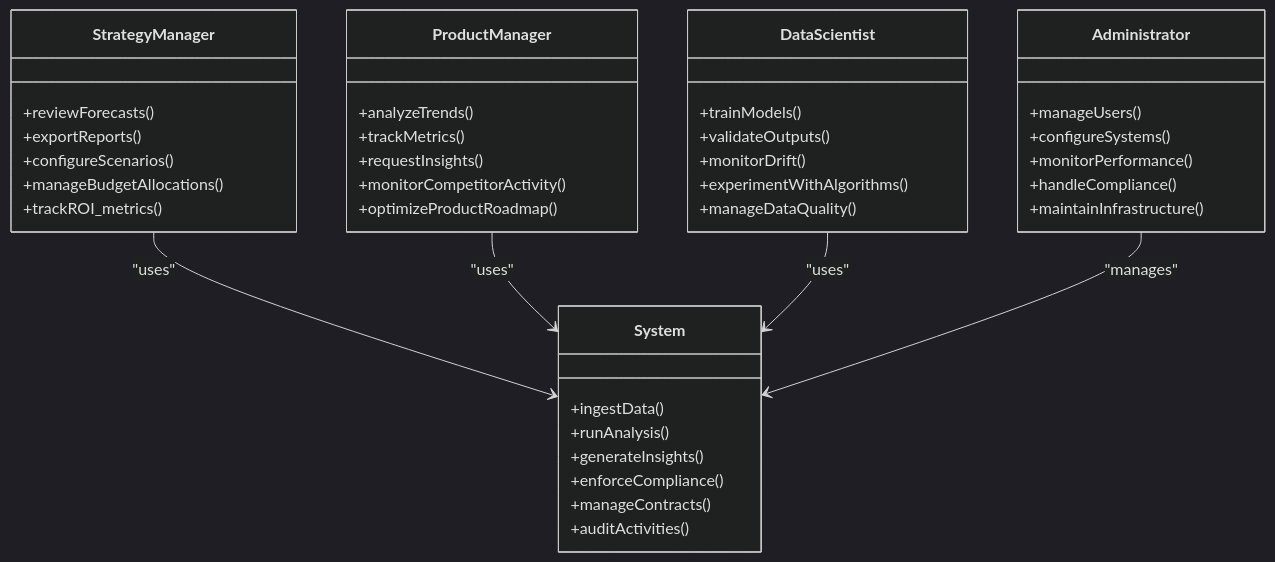
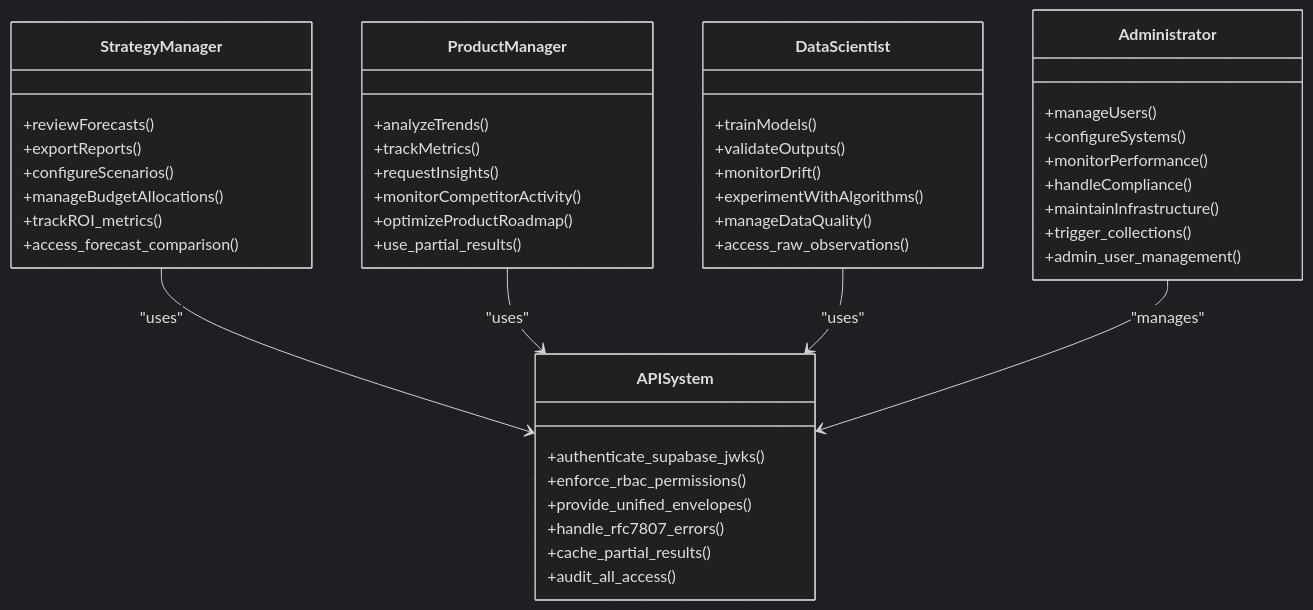
The fifth of 8 diagrams in .qoder/repowiki/en/content/Business Requirements & Analysis.md (od3n/forecastiq), drawn with Mermaid (dark theme) before and after one commit. The commit also changed other lines of this file and 3 other files, not shown here.

````diff
--- a/.qoder/repowiki/en/content/Business Requirements & Analysis.md
+++ b/.qoder/repowiki/en/content/Business Requirements & Analysis.md
@@ -224,43 +345,48 @@
 ```mermaid
 classDiagram
 class StrategyManager {
 +reviewForecasts()
 +exportReports()
 +configureScenarios()
 +manageBudgetAllocations()
 +trackROI_metrics()
++access_forecast_comparison()
 }
 class ProductManager {
 +analyzeTrends()
 +trackMetrics()
 +requestInsights()
 +monitorCompetitorActivity()
 +optimizeProductRoadmap()
++use_partial_results()
 }
 class DataScientist {
 +trainModels()
 +validateOutputs()
 +monitorDrift()
 +experimentWithAlgorithms()
 +manageDataQuality()
++access_raw_observations()
 }
 class Administrator {
 +manageUsers()
 +configureSystems()
 +monitorPerformance()
 +handleCompliance()
 +maintainInfrastructure()
++trigger_collections()
++admin_user_management()
 }
-class System {
-+ingestData()
-+runAnalysis()
-+generateInsights()
-+enforceCompliance()
-+manageContracts()
-+auditActivities()
+class APISystem {
++authenticate_supabase_jwks()
++enforce_rbac_permissions()
++provide_unified_envelopes()
++handle_rfc7807_errors()
++cache_partial_results()
++audit_all_access()
 }
-StrategyManager --> System : "uses"
-ProductManager --> System : "uses"
-DataScientist --> System : "uses"
-Administrator --> System : "manages"
+StrategyManager --> APISystem : "uses"
+ProductManager --> APISystem : "uses"
+DataScientist --> APISystem : "uses"
+Administrator --> APISystem : "manages"
 ```
````
